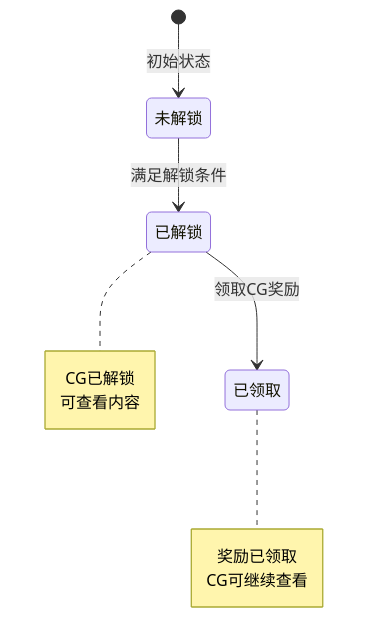
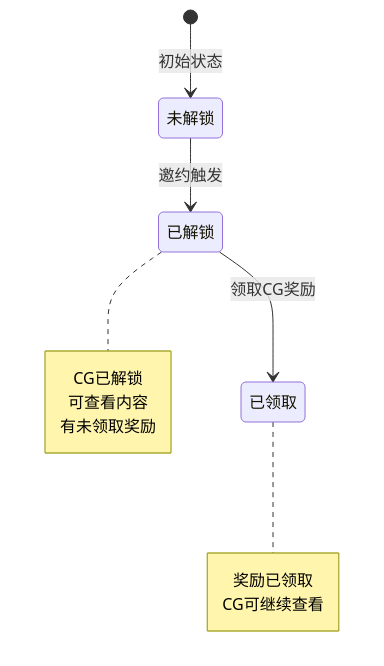
Before and after one commit to Alan-Ben/k2c_game_framework: the sixth of 7 diagrams in docs/Module_Consort/06_实现细节.md, drawn with Mermaid. The commit also changed other lines of this file and 5 other files, not shown here.

````diff
--- a/docs/Module_Consort/06_实现细节.md
+++ b/docs/Module_Consort/06_实现细节.md
@@ -157,16 +205,17 @@
 ```mermaid
 stateDiagram-v2
     [*] --> 未解锁: 初始状态
-    未解锁 --> 已解锁: 满足解锁条件
+    未解锁 --> 已解锁: 邀约触发
     已解锁 --> 已领取: 领取CG奖励
 
     note right of 已解锁
         CG已解锁
         可查看内容
+        有未领取奖励
     end note
 
     note right of 已领取
         奖励已领取
         CG可继续查看
     end note
 ```
````
